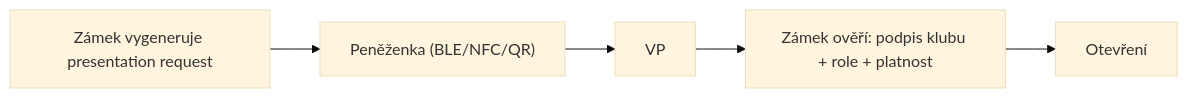
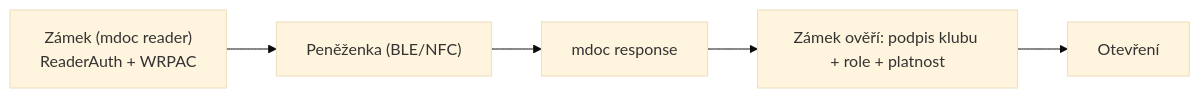
One commit to l-ra/walletmap changed the diagram in src/content/scenarios/pristup-spravce-zazemi.md. Above: the diagram before and after it, drawn with Mermaid (base theme). The commit also changed other lines of this file and 11 other files, not shown here.

````diff
--- a/src/content/scenarios/pristup-spravce-zazemi.md
+++ b/src/content/scenarios/pristup-spravce-zazemi.md
@@ -28,7 +32,7 @@
 ```mermaid
 flowchart LR
-    A["Zámek vygeneruje presentation request"] --> B["Peněženka (BLE/NFC/QR)"]
-    B --> C["VP"]
+    A["Zámek (mdoc reader)<br/>ReaderAuth + WRPAC"] --> B["Peněženka (BLE/NFC)"]
+    B --> C["mdoc response"]
     C --> D["Zámek ověří: podpis klubu + role + platnost"]
     D --> E["Otevření"]
 ```
````
